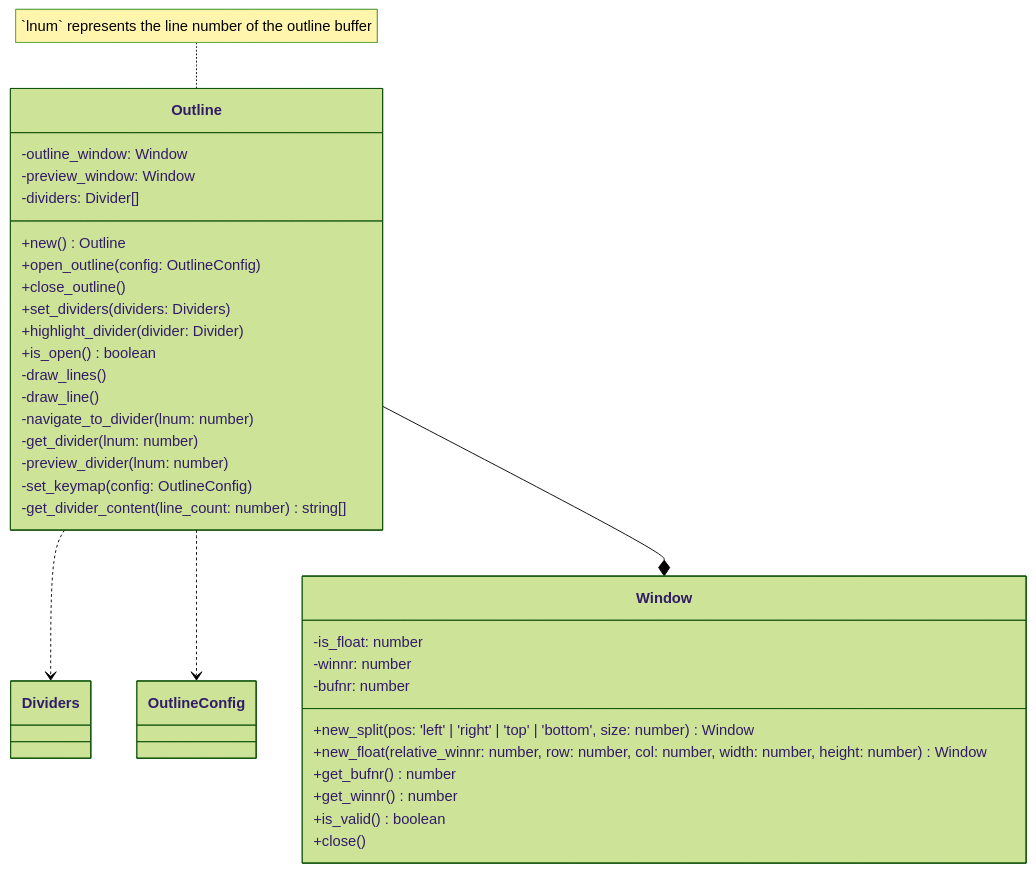
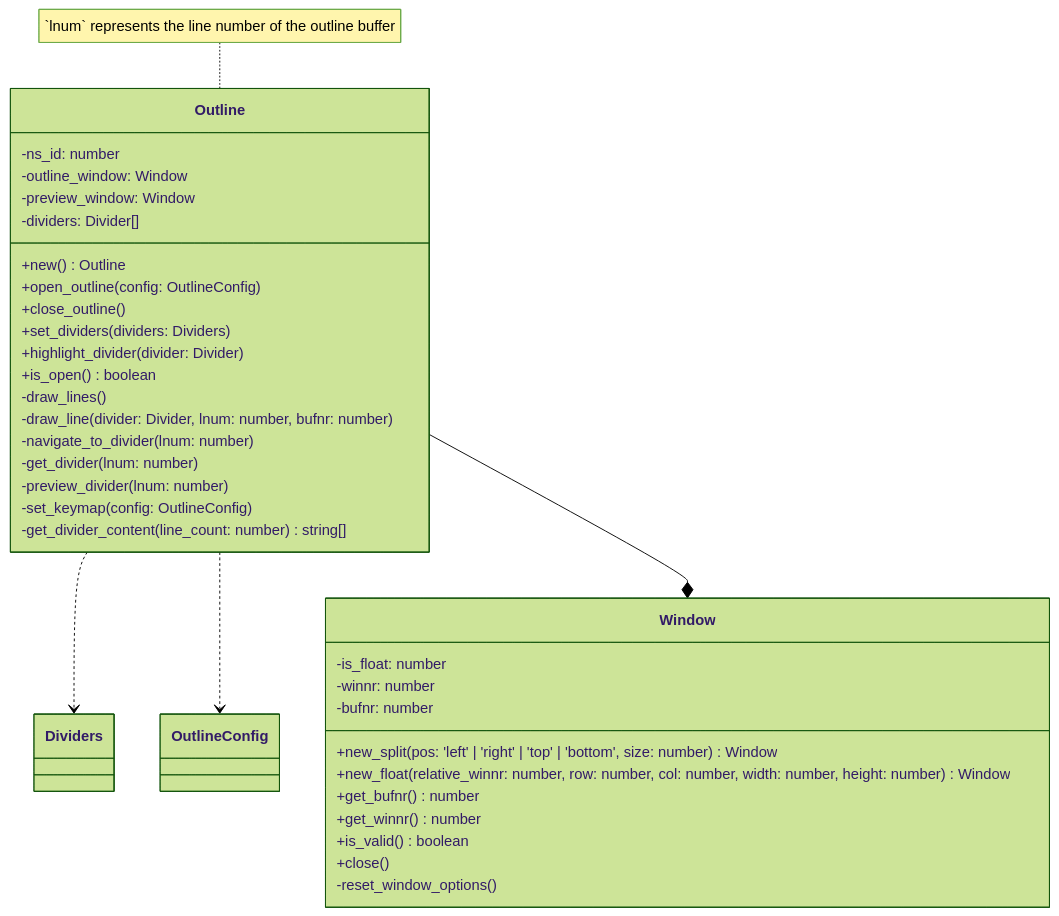
Before and after one commit to niuiic/divider.nvim: the fourth of 8 diagrams in DESIGN.md, drawn with Mermaid (forest theme). The commit also changed other lines of this file and 11 other files, not shown here.

````diff
--- a/DESIGN.md
+++ b/DESIGN.md
@@ -124,39 +124,41 @@
 ```mermaid
 classDiagram
     note for Outline "`lnum` represents the line number of the outline buffer"
     Outline ..> Dividers
     Outline ..> OutlineConfig
     Outline --* Window
     class Outline {
+        -ns_id: number
         -outline_window: Window
         -preview_window: Window
         -dividers: Divider[]
 
         +new() Outline
         +open_outline(config: OutlineConfig)
         +close_outline()
         +set_dividers(dividers: Dividers)
         +highlight_divider(divider: Divider)
         +is_open() boolean
         -draw_lines()
-        -draw_line()
+        -draw_line(divider: Divider, lnum: number, bufnr: number)
         -navigate_to_divider(lnum: number)
         -get_divider(lnum: number)
         -preview_divider(lnum: number)
         -set_keymap(config: OutlineConfig)
         -get_divider_content(line_count: number) string[]
     }
 
     class Window {
         -is_float: number
         -winnr: number
         -bufnr: number
 
         +new_split(pos: 'left' | 'right' | 'top' | 'bottom', size: number) Window
         +new_float(relative_winnr: number, row: number, col: number, width: number, height: number) Window
         +get_bufnr() number
         +get_winnr() number
         +is_valid() boolean
         +close()
+        -reset_window_options()
     }
 ```
````
